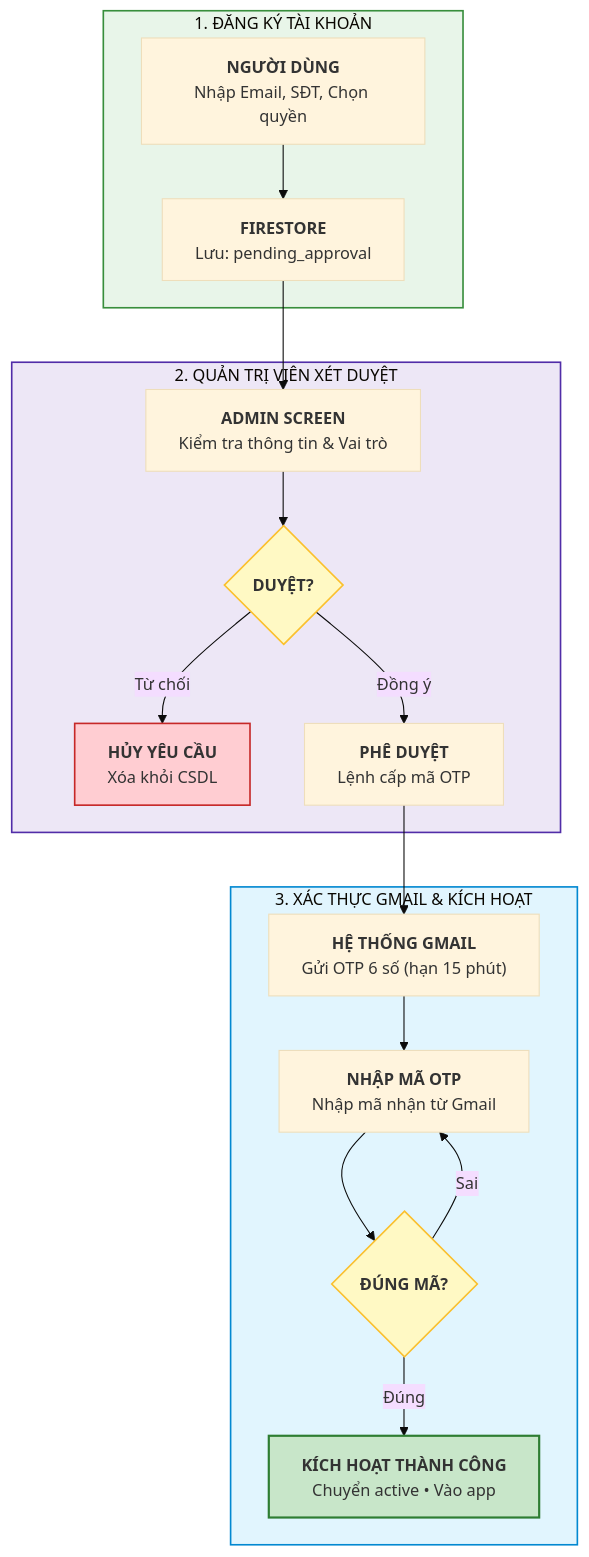
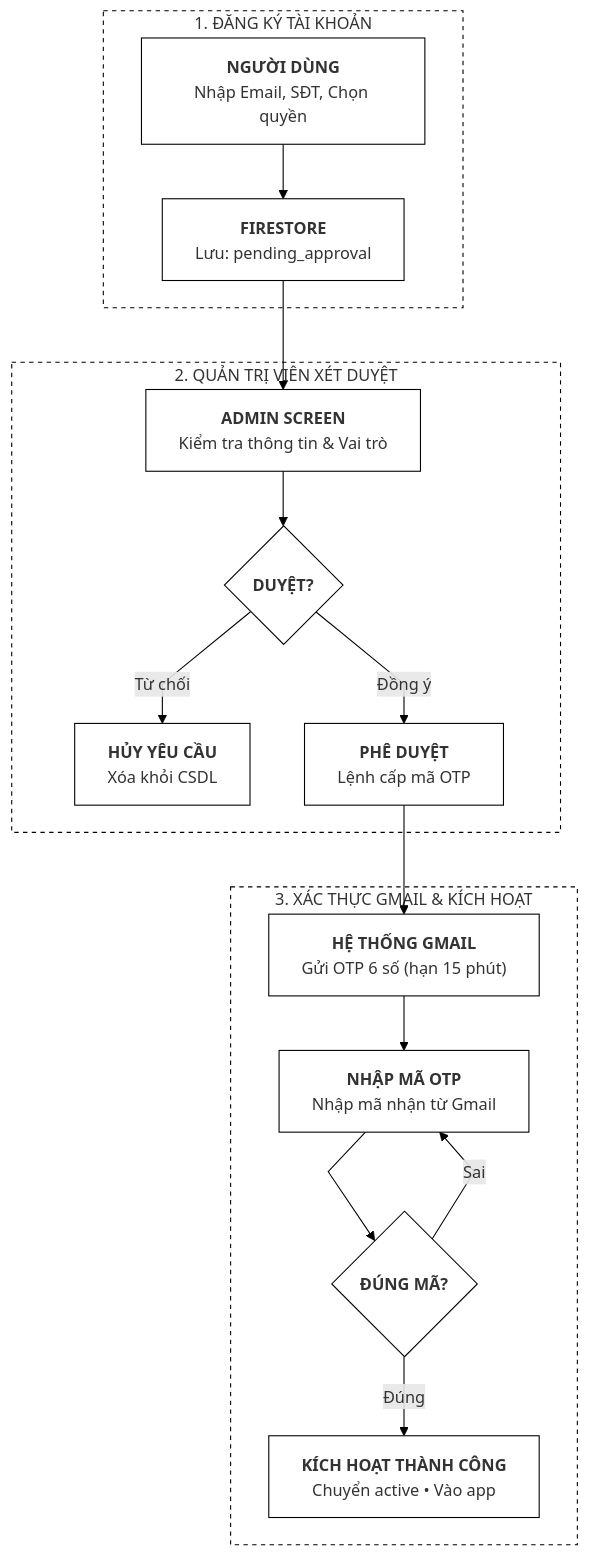
One commit to tdo129/Fall-Detection-App changed the third of 7 diagrams in README.md. Above: the diagram before and after it, drawn with Mermaid. The commit also changed other lines of this file, not shown here.

````diff
--- a/README.md
+++ b/README.md
@@ -80,30 +87,36 @@
 ```mermaid
-%%{init: {'theme': 'base', 'themeVariables': { 'fontSize': '15px' }}}%%
+%%{init: {'flowchart': {'curve': 'linear'}, 'themeVariables': {'fontSize': '15px', 'lineColor': '#000000'}}}%%
 flowchart TD
     subgraph P1 ["1. ĐĂNG KÝ TÀI KHOẢN"]
         U1["<b>NGƯỜI DÙNG</b><br/>Nhập Email, SĐT, Chọn quyền"] --> S1["<b>FIRESTORE</b><br/>Lưu: pending_approval"]
     end
 
     subgraph P2 ["2. QUẢN TRỊ VIÊN XÉT DUYỆT"]
         S1 --> A1["<b>ADMIN SCREEN</b><br/>Kiểm tra thông tin & Vai trò"]
         A1 --> A2{"<b>DUYỆT?</b>"}
         A2 -- "Từ chối" --> A3["<b>HỦY YÊU CẦU</b><br/>Xóa khỏi CSDL"]
         A2 -- "Đồng ý" --> A4["<b>PHÊ DUYỆT</b><br/>Lệnh cấp mã OTP"]
     end
 
     subgraph P3 ["3. XÁC THỰC GMAIL & KÍCH HOẠT"]
         A4 --> S2["<b>HỆ THỐNG GMAIL</b><br/>Gửi OTP 6 số (hạn 15 phút)"]
         S2 --> U2["<b>NHẬP MÃ OTP</b><br/>Nhập mã nhận từ Gmail"]
         U2 --> S3{"<b>ĐÚNG MÃ?</b>"}
         S3 -- "Sai" --> U2
         S3 -- "Đúng" --> U3["<b>KÍCH HOẠT THÀNH CÔNG</b><br/>Chuyển active • Vào app"]
     end
 
-    style P1 fill:#e8f5e9,stroke:#388e3c,stroke-width:1.5px
-    style P2 fill:#ede7f6,stroke:#512da8,stroke-width:1.5px
-    style P3 fill:#e1f5fe,stroke:#0288d1,stroke-width:1.5px
-    style A2 fill:#fff9c4,stroke:#fbc02d,stroke-width:1.5px
-    style S3 fill:#fff9c4,stroke:#fbc02d,stroke-width:1.5px
-    style U3 fill:#c8e6c9,stroke:#2e7d32,stroke-width:2px
-    style A3 fill:#ffcdd2,stroke:#c62828,stroke-width:1.5px
+    style P1 fill:#ffffff,stroke:#000000,stroke-width:1px,stroke-dasharray: 4 4
+    style P2 fill:#ffffff,stroke:#000000,stroke-width:1px,stroke-dasharray: 4 4
+    style P3 fill:#ffffff,stroke:#000000,stroke-width:1px,stroke-dasharray: 4 4
+    style U1 fill:#ffffff,stroke:#000000,stroke-width:1px
+    style S1 fill:#ffffff,stroke:#000000,stroke-width:1px
+    style A1 fill:#ffffff,stroke:#000000,stroke-width:1px
+    style A2 fill:#ffffff,stroke:#000000,stroke-width:1px
+    style A3 fill:#ffffff,stroke:#000000,stroke-width:1px
+    style A4 fill:#ffffff,stroke:#000000,stroke-width:1px
+    style S2 fill:#ffffff,stroke:#000000,stroke-width:1px
+    style U2 fill:#ffffff,stroke:#000000,stroke-width:1px
+    style S3 fill:#ffffff,stroke:#000000,stroke-width:1px
+    style U3 fill:#ffffff,stroke:#000000,stroke-width:1px
 ```
````
